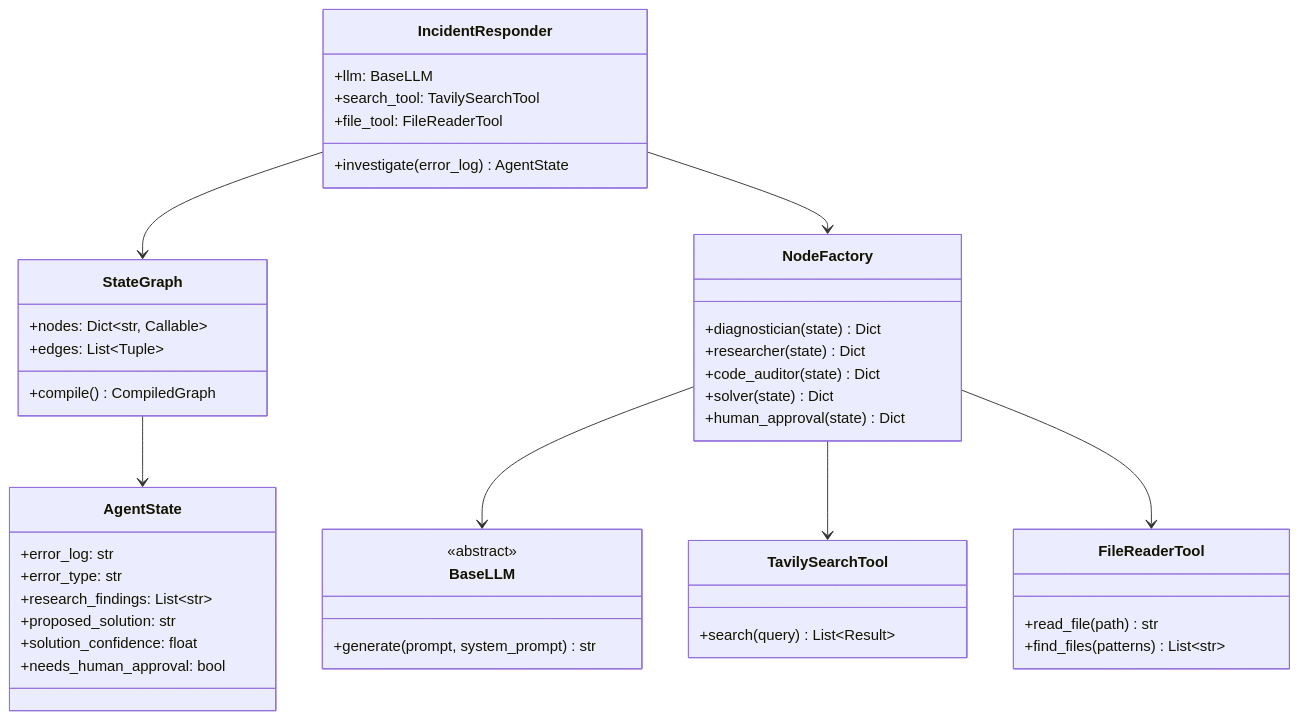
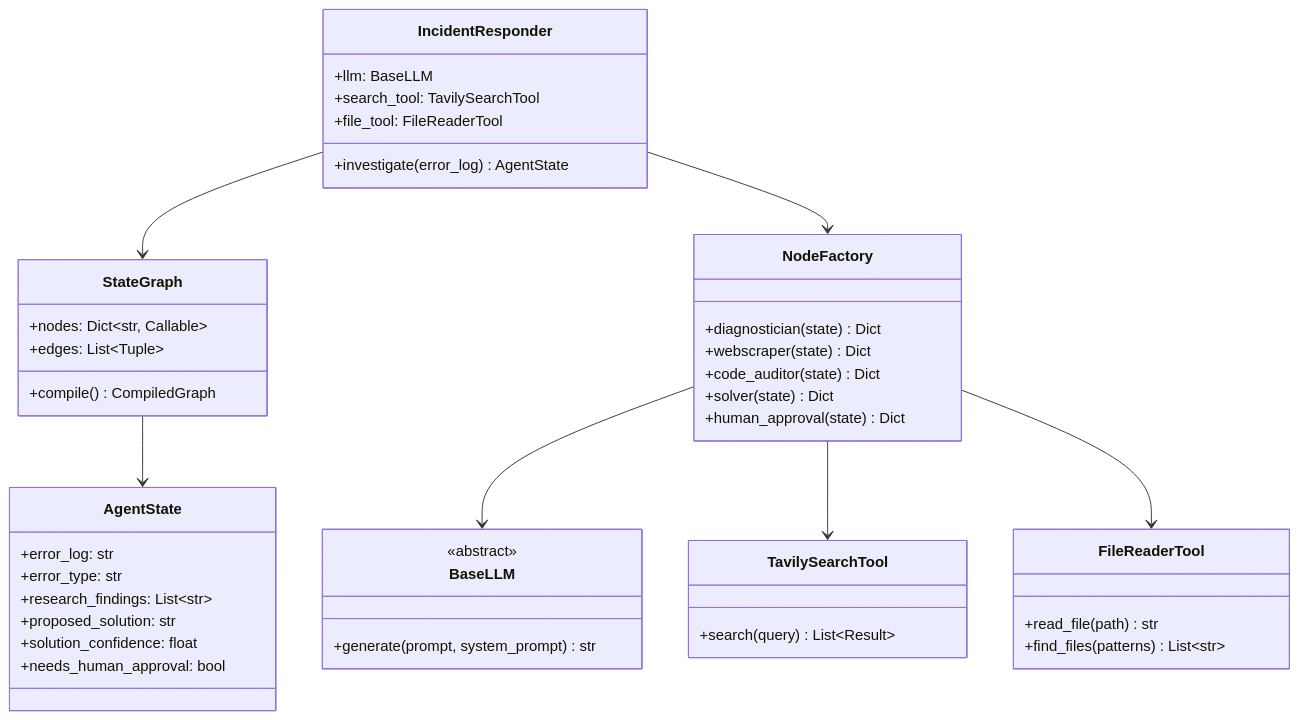
The second of 2 diagrams in README.md (bipplane/devIR), drawn with Mermaid before and after one commit. The commit also changed other lines of this file and 3 other files, not shown here.

Commit message:
Redefine Researcher as Webscraper

````diff
--- a/README.md
+++ b/README.md
@@ -94,53 +94,53 @@
 ```mermaid
 classDiagram
     IncidentResponder --> StateGraph
     IncidentResponder --> NodeFactory
     NodeFactory --> BaseLLM
     NodeFactory --> TavilySearchTool
     NodeFactory --> FileReaderTool
     StateGraph --> AgentState
 
     class IncidentResponder {
         +llm: BaseLLM
         +search_tool: TavilySearchTool
         +file_tool: FileReaderTool
         +investigate(error_log) AgentState
     }
 
     class StateGraph {
         +nodes: Dict~str, Callable~
         +edges: List~Tuple~
         +compile() CompiledGraph
     }
 
     class AgentState {
         +error_log: str
         +error_type: str
         +research_findings: List~str~
         +proposed_solution: str
         +solution_confidence: float
         +needs_human_approval: bool
     }
 
     class NodeFactory {
         +diagnostician(state) Dict
-        +researcher(state) Dict
+        +webscraper(state) Dict
         +code_auditor(state) Dict
         +solver(state) Dict
         +human_approval(state) Dict
     }
 
     class BaseLLM {
         <<abstract>>
         +generate(prompt, system_prompt) str
     }
 
     class TavilySearchTool {
         +search(query) List~Result~
     }
 
     class FileReaderTool {
         +read_file(path) str
         +find_files(patterns) List~str~
     }
 ```
````
